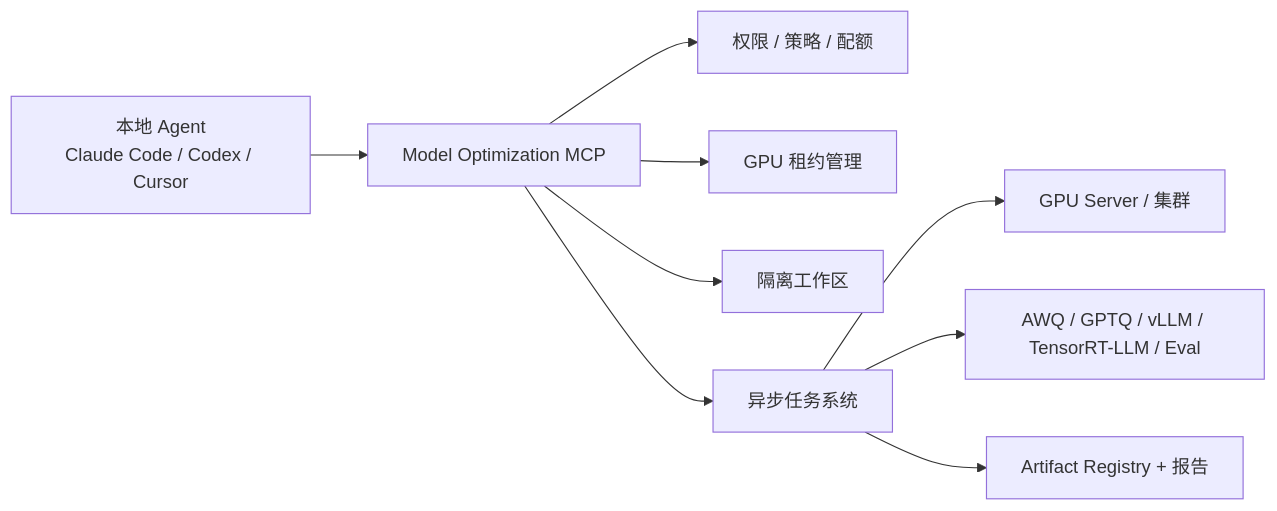
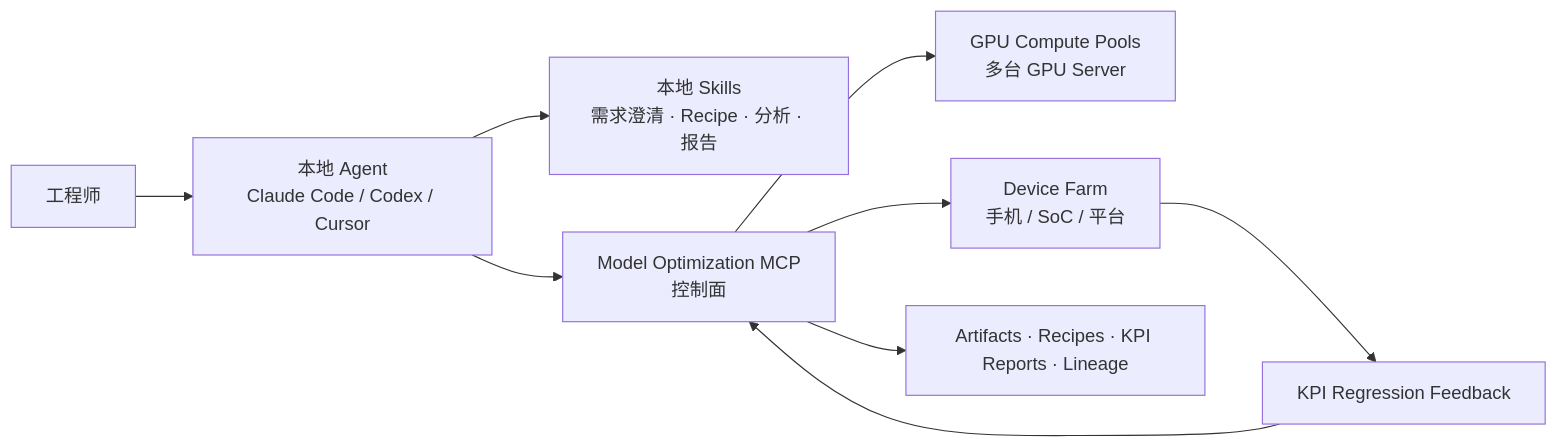
One commit to Masterzhuior/model-optimization-mcp changed the first of 2 diagrams in README.zh-CN.md. Above: the diagram before and after it, drawn with Mermaid. The commit also changed other lines of this file and 26 other files, not shown here.

Commit message:
Expand hybrid model optimization control plane

````diff
--- a/README.zh-CN.md
+++ b/README.zh-CN.md
@@ -34,11 +40,11 @@
 ```mermaid
 flowchart LR
-    Agent["本地 Agent<br/>Claude Code / Codex / Cursor"] --> MCP["Model Optimization MCP"]
-    MCP --> Policy["权限 / 策略 / 配额"]
-    MCP --> Resource["GPU 租约管理"]
-    MCP --> Workspace["隔离工作区"]
-    MCP --> Jobs["异步任务系统"]
-    Jobs --> GPU["GPU Server / 集群"]
-    Jobs --> Tools["AWQ / GPTQ / vLLM / TensorRT-LLM / Eval"]
-    Jobs --> Artifacts["Artifact Registry + 报告"]
+    Engineer["工程师"] --> Agent["本地 Agent<br/>Claude Code / Codex / Cursor"]
+    Agent --> Skills["本地 Skills<br/>需求澄清 · Recipe · 分析 · 报告"]
+    Agent --> MCP["Model Optimization MCP<br/>控制面"]
+    MCP --> GPU["GPU Compute Pools<br/>多台 GPU Server"]
+    MCP --> Farm["Device Farm<br/>手机 / SoC / 平台"]
+    MCP --> Registry["Artifacts · Recipes · KPI Reports · Lineage"]
+    Farm --> Feedback["KPI Regression Feedback"]
+    Feedback --> MCP
 ```
````
